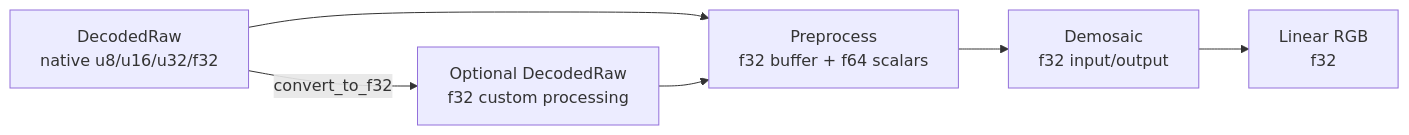
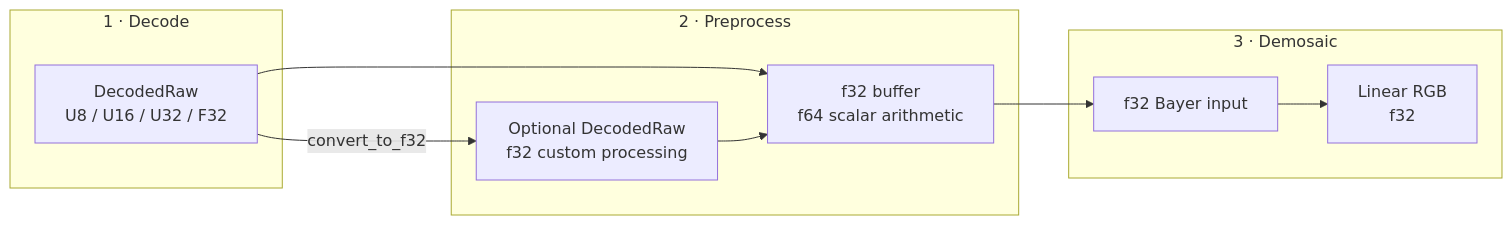
One commit to Glatzel/fornax changed the diagram in docs/raw-pipeline/README.md. Above: the diagram before and after it, drawn with Mermaid. The commit also changed 2 other files, not shown here.

Commit message:
docs(raw-pipeline): label phases in all charts

````diff
--- a/docs/raw-pipeline/README.md
+++ b/docs/raw-pipeline/README.md
@@ -19,14 +19,22 @@
 ```mermaid
 flowchart LR
-    Decode["DecodedRaw\nnative u8/u16/u32/f32"]
-    Convert["Optional DecodedRaw\nf32 custom processing"]
-    Pre["Preprocess\nf32 buffer + f64 scalars"]
-    Demo["Demosaic\nf32 input/output"]
-    Output["Linear RGB\nf32"]
+    subgraph DecodePhase["1 · Decode"]
+        Decode["DecodedRaw\nU8 / U16 / U32 / F32"]
+    end
+
+    subgraph PreprocessPhase["2 · Preprocess"]
+        Convert["Optional DecodedRaw\nf32 custom processing"]
+        Pre["f32 buffer\nf64 scalar arithmetic"]
+    end
+
+    subgraph DemosaicPhase["3 · Demosaic"]
+        Demo["f32 Bayer input"]
+        Output["Linear RGB\nf32"]
+    end
 
     Decode --> Pre
     Decode -->|"convert_to_f32"| Convert
     Convert --> Pre
     Pre --> Demo
     Demo --> Output
 ```
````
